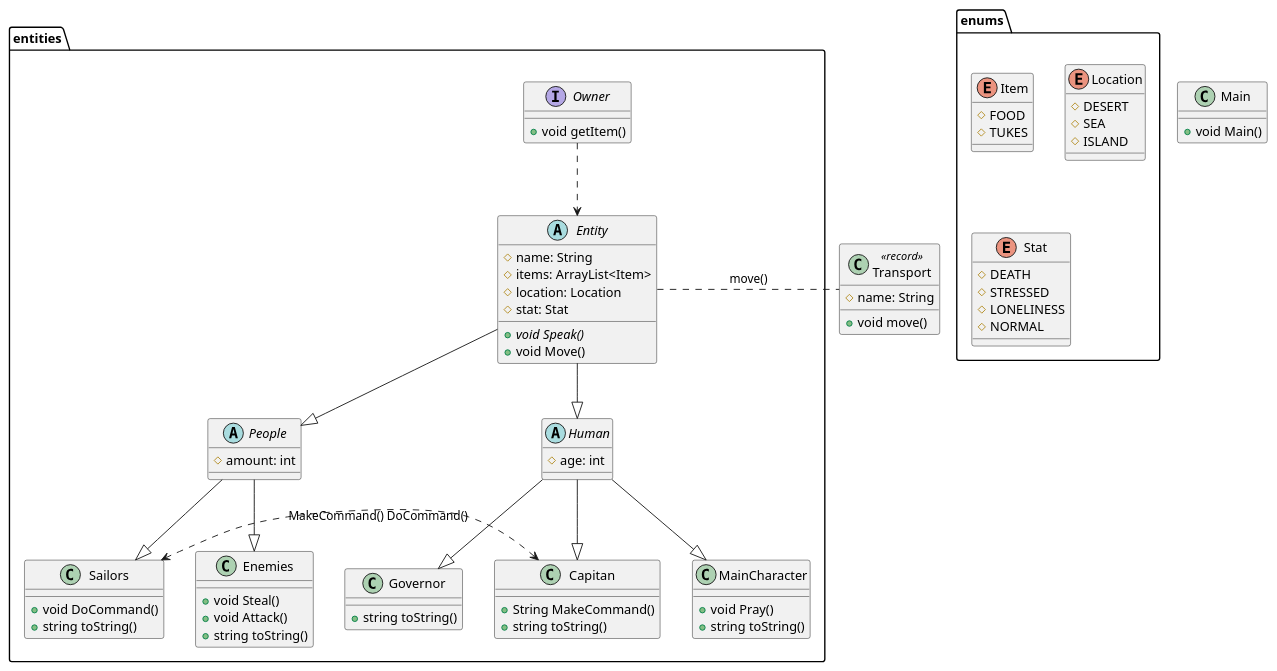
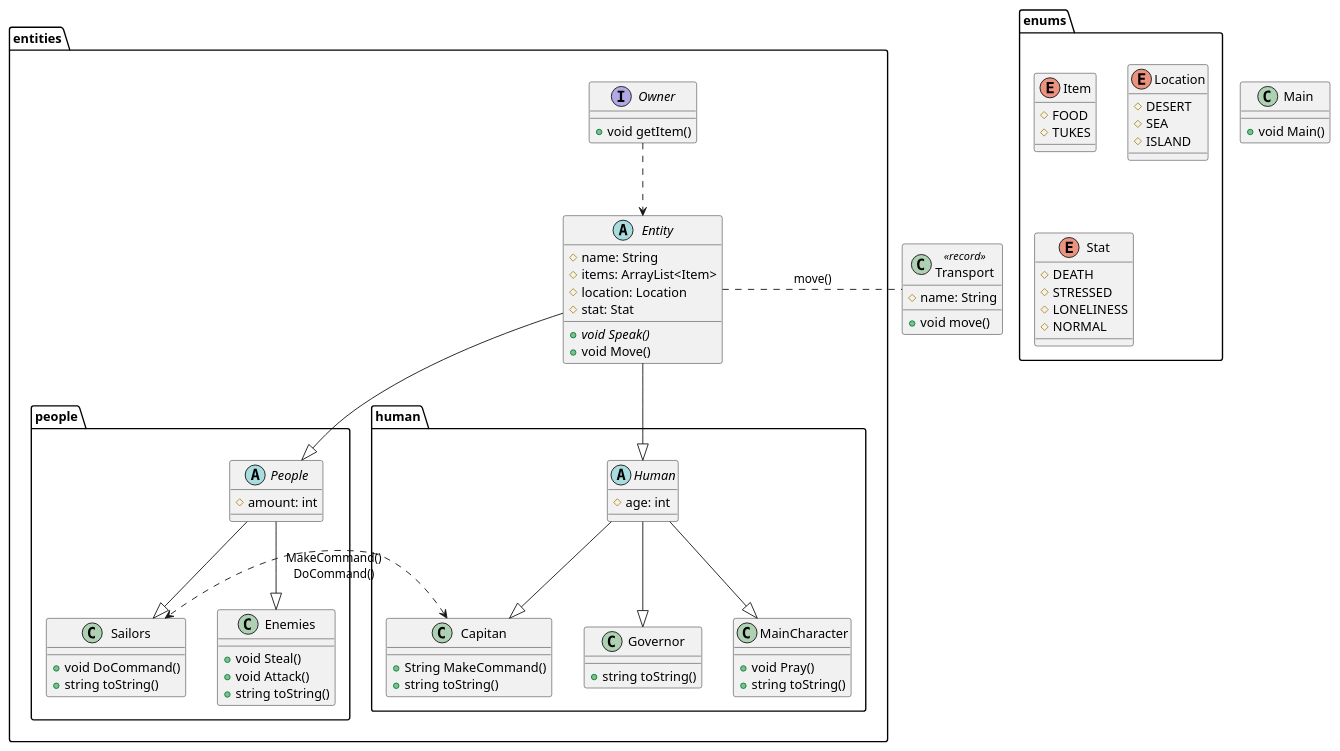
Before and after one commit to Dkanil/ITMO: the diagram in semester1/programming/lab3/Diagram.puml, drawn with PlantUML. The commit also changed 19 other files, not shown here.

```diff
--- a/semester1/programming/lab3/Diagram.puml
+++ b/semester1/programming/lab3/Diagram.puml
@@ -1,77 +1,82 @@
 @startuml
-Class Main{
+Class Main {
     + void Main()
 }
-package entities{
+package entities {
     abstract class Entity {
         # name: String
         # items: ArrayList<Item>
         # location: Location
         # stat: Stat
         + {abstract} void Speak()
         + void Move()
     }
-    abstract Class People {
-        # amount: int
+    package people {
+        abstract Class People {
+            # amount: int
+        }
+        Class Sailors {
+            + void DoCommand()
+            + string toString()
+        }
+        Class Enemies {
+            + void Steal()
+            + void Attack()
+            + string toString()
+        }
     }
-    abstract Class Human {
-        # age: int
-    }
-    Class Capitan {
-        + String MakeCommand()
-        + string toString()
-    }
-    Class Sailors {
-        + void DoCommand()
-        + string toString()
-    }
-    Class Enemies {
-        + void Steal()
-        + void Attack()
-        + string toString()
-    }
-    Class Governor {
-        + string toString()
-    }
-    Class MainCharacter {
-        + void Pray()
-        + string toString()
+    package human {
+        abstract Class Human {
+            # age: int
+        }
+        Class Capitan {
+            + String MakeCommand()
+            + string toString()
+        }
+
+        Class Governor {
+            + string toString()
+        }
+        Class MainCharacter {
+            + void Pray()
+            + string toString()
+        }
     }
     interface Owner{
         + void getItem()
     }
 }
 
 package enums{
     Enum Item{
         # FOOD
         # TUKES
     }
     Enum Location{
         # DESERT
         # SEA
         # ISLAND
     }
     Enum Stat {
         # DEATH
         # STRESSED
         # LONELINESS
         # NORMAL
     }
 }
 class Transport <<record>>{
     # name: String
     + void move()
 }
 
 Owner ..> Entity
 Entity . Transport: move()
 Entity --|> Human
 Entity --|> People
 Human --|> Capitan
 Human --|> Governor
 Human --|> MainCharacter
 People --|> Sailors
 People --|> Enemies
-Capitan <.> Sailors: MakeCommand() DoCommand()
+Capitan <.> Sailors: MakeCommand()\nDoCommand()
 @enduml
```
